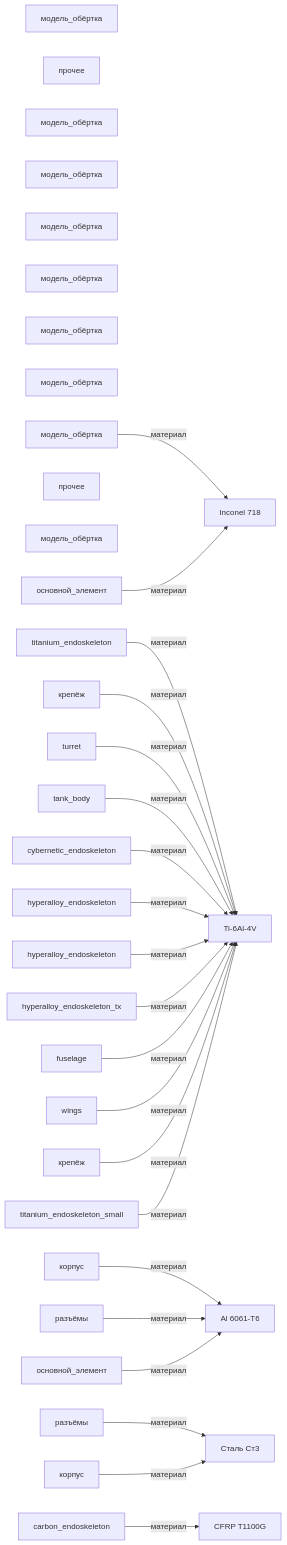
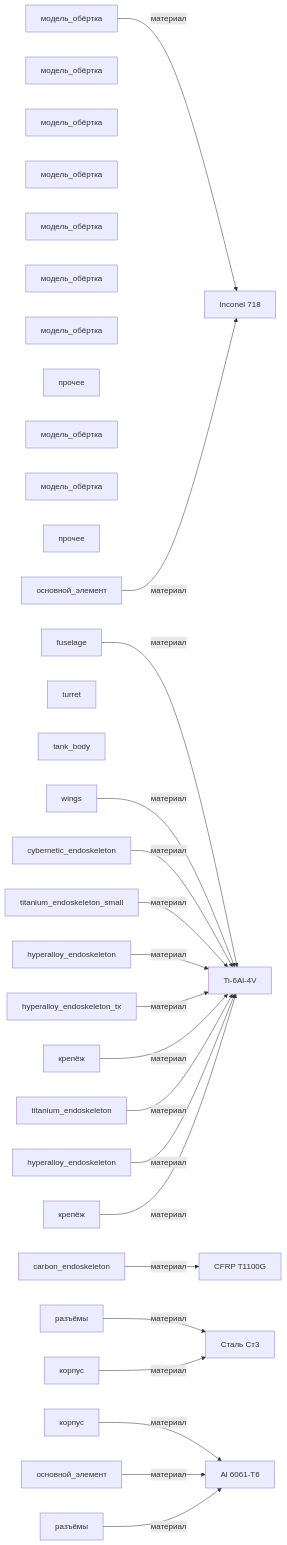
One commit to a-m-e-n-t-e-t/SkyNet changed the diagram in graphs/mermaid/graph1_каркас.md. Above: the diagram before and after it, drawn with Mermaid. The commit also changed other lines of this file and 21 other files, not shown here.

````diff
--- a/graphs/mermaid/graph1_каркас.md
+++ b/graphs/mermaid/graph1_каркас.md
@@ -3,58 +3,56 @@
 ```mermaid
 graph LR
-    izdelie_SkyNet_T600[модель_обёртка]
-    izdelie_kompensatory[прочее]
+    izdelie_SkyNet_HKAerial[модель_обёртка]
     izdelie_SkyNet_HKTank[модель_обёртка]
     izdelie_SkyNet_MarcusWright[модель_обёртка]
+    izdelie_SkyNet_Rev9[модель_обёртка]
+    izdelie_SkyNet_Cameron[модель_обёртка]
     izdelie_SkyNet_T850[модель_обёртка]
+    izdelie_SkyNet_TX[модель_обёртка]
+    izdelie_kompensatory[прочее]
+    izdelie_SkyNet_T600[модель_обёртка]
     izdelie_SkyNet_T800[модель_обёртка]
-    izdelie_SkyNet_TX[модель_обёртка]
-    izdelie_SkyNet_Rev9[модель_обёртка]
-    izdelie_SkyNet_HKAerial[модель_обёртка]
     izdelie_reshetchatyi_karkas[прочее]
-    izdelie_SkyNet_Cameron[модель_обёртка]
-    часть_t600_эндоскелет[titanium_endoskeleton]
-    часть_kompensatory_housing[корпус]
-    часть_kompensatory_mounting[крепёж]
-    часть_kompensatory_core[основной_элемент]
-    часть_kompensatory_connectors[разъёмы]
+    часть_hk_aerial_фюзеляж[fuselage]
+    часть_hk_aerial_крылья[wings]
     часть_hk_tank_башня[turret]
     часть_hk_tank_корпус[tank_body]
     часть_marcus_эндоскелет[cybernetic_endoskeleton]
+    часть_rev9_endoskeleton[carbon_endoskeleton]
+    часть_cameron_эндоскелет[titanium_endoskeleton_small]
     часть_t850_эндоскелет[hyperalloy_endoskeleton]
+    часть_t_x_эндоскелет[hyperalloy_endoskeleton_tx]
+    часть_kompensatory_connectors[разъёмы]
+    часть_kompensatory_mounting[крепёж]
+    часть_kompensatory_housing[корпус]
+    часть_kompensatory_core[основной_элемент]
+    часть_t600_эндоскелет[titanium_endoskeleton]
     часть_t800_эндоскелет_торс[hyperalloy_endoskeleton]
-    часть_t_x_эндоскелет[hyperalloy_endoskeleton_tx]
-    часть_rev9_endoskeleton[carbon_endoskeleton]
-    часть_hk_aerial_фюзеляж[fuselage]
-    часть_hk_aerial_крылья[wings]
+    часть_reshetchatyi_karkas_housing[корпус]
+    часть_reshetchatyi_karkas_core[основной_элемент]
     часть_reshetchatyi_karkas_connectors[разъёмы]
-    часть_reshetchatyi_karkas_core[основной_элемент]
     часть_reshetchatyi_karkas_mounting[крепёж]
-    часть_reshetchatyi_karkas_housing[корпус]
-    часть_cameron_эндоскелет[titanium_endoskeleton_small]
     material_al_6061_t6[Al 6061-T6]
     material_cfrp_t1100g[CFRP T1100G]
     material_inconel_718[Inconel 718]
     material_stal_st3[Сталь Ст3]
     material_ti_6al_4v[Ti-6Al-4V]
     izdelie_SkyNet_HKAerial -->|материал| material_inconel_718
-    часть_t600_эндоскелет -->|материал| material_ti_6al_4v
-    часть_kompensatory_housing -->|материал| material_al_6061_t6
-    часть_kompensatory_mounting -->|материал| material_ti_6al_4v
-    часть_kompensatory_core -->|материал| material_inconel_718
-    часть_kompensatory_connectors -->|материал| material_stal_st3
-    часть_hk_tank_башня -->|материал| material_ti_6al_4v
-    часть_hk_tank_корпус -->|материал| material_ti_6al_4v
-    часть_marcus_эндоскелет -->|материал| material_ti_6al_4v
-    часть_t850_эндоскелет -->|материал| material_ti_6al_4v
-    часть_t800_эндоскелет_торс -->|материал| material_ti_6al_4v
-    часть_t_x_эндоскелет -->|материал| material_ti_6al_4v
-    часть_rev9_endoskeleton -->|материал| material_cfrp_t1100g
     часть_hk_aerial_фюзеляж -->|материал| material_ti_6al_4v
     часть_hk_aerial_крылья -->|материал| material_ti_6al_4v
+    часть_marcus_эндоскелет -->|материал| material_ti_6al_4v
+    часть_rev9_endoskeleton -->|материал| material_cfrp_t1100g
+    часть_cameron_эндоскелет -->|материал| material_ti_6al_4v
+    часть_t850_эндоскелет -->|материал| material_ti_6al_4v
+    часть_t_x_эндоскелет -->|материал| material_ti_6al_4v
+    часть_kompensatory_connectors -->|материал| material_stal_st3
+    часть_kompensatory_mounting -->|материал| material_ti_6al_4v
+    часть_kompensatory_housing -->|материал| material_al_6061_t6
+    часть_kompensatory_core -->|материал| material_inconel_718
+    часть_t600_эндоскелет -->|материал| material_ti_6al_4v
+    часть_t800_эндоскелет_торс -->|материал| material_ti_6al_4v
+    часть_reshetchatyi_karkas_housing -->|материал| material_stal_st3
+    часть_reshetchatyi_karkas_core -->|материал| material_al_6061_t6
     часть_reshetchatyi_karkas_connectors -->|материал| material_al_6061_t6
-    часть_reshetchatyi_karkas_core -->|материал| material_al_6061_t6
     часть_reshetchatyi_karkas_mounting -->|материал| material_ti_6al_4v
-    часть_reshetchatyi_karkas_housing -->|материал| material_stal_st3
-    часть_cameron_эндоскелет -->|материал| material_ti_6al_4v
 ```
````
